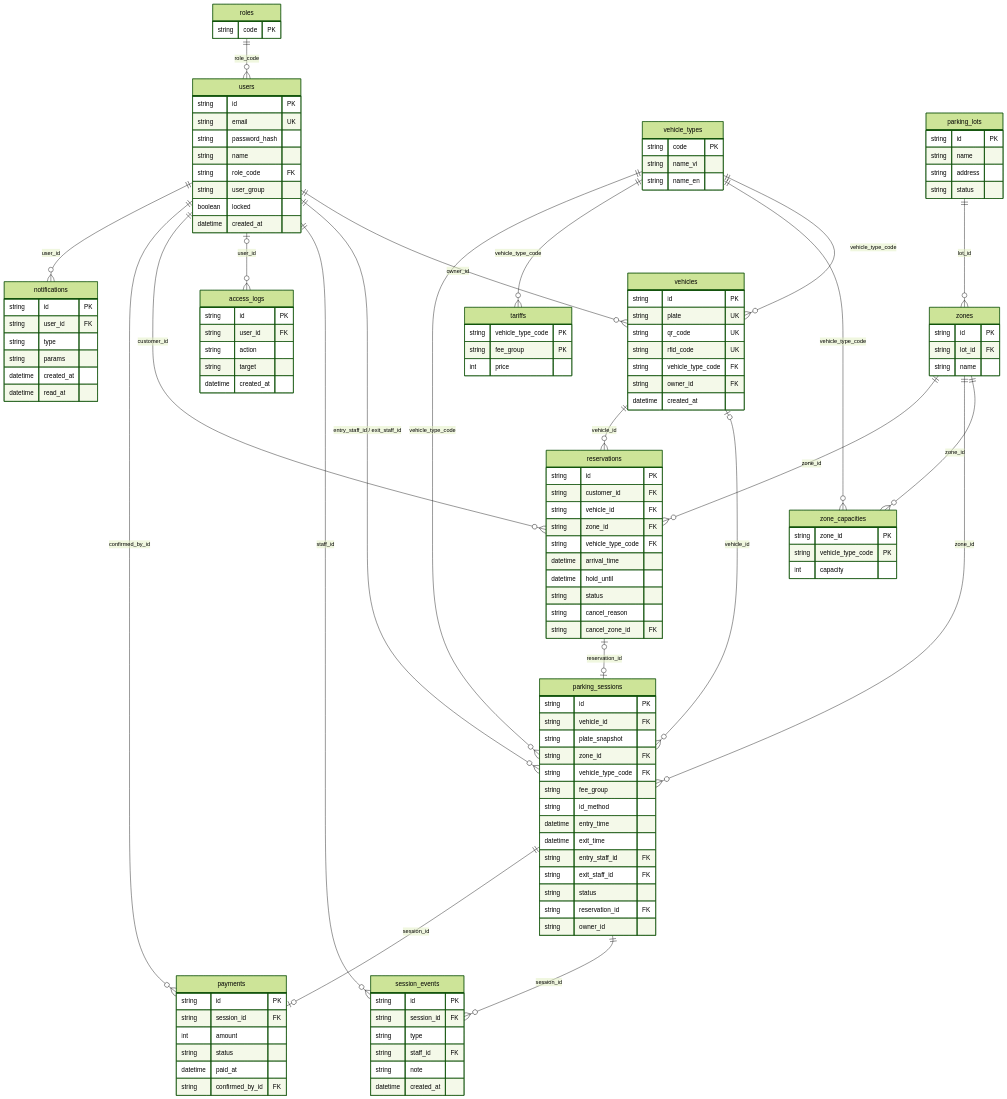
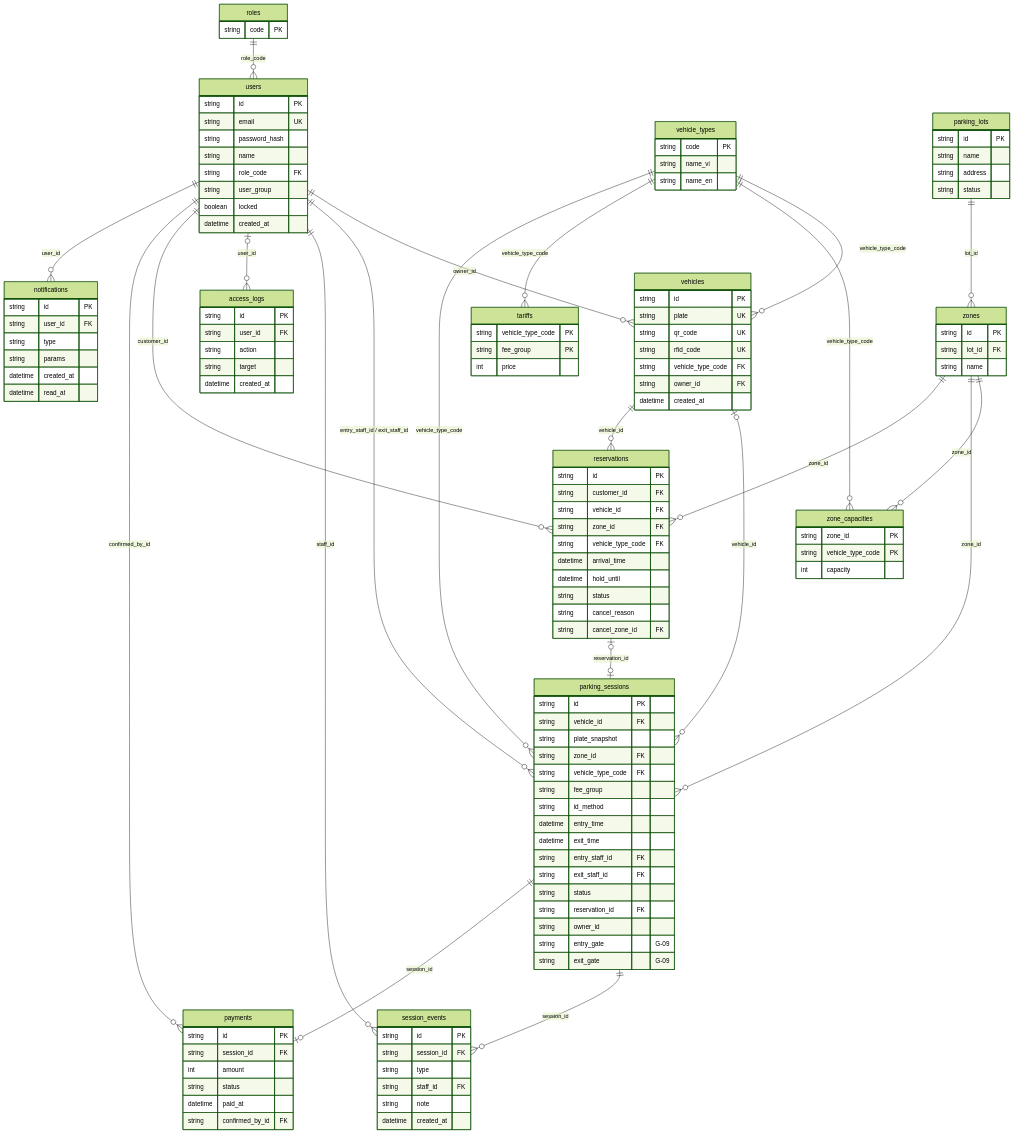
The diagram in docs/m2-report/diagrams/07-erd-v0.4.mmd (nvdson2005/Parking-Management-System), drawn with Mermaid (forest theme) before and after one commit. The commit also changed 2 other files, not shown here.

Commit message:
docs(p03): v0.5 after RES-02 CP-03 review: G-09 gate, G-06 done, clarifications (A-24, A-27, A-102)
Address the 5 review comments on P03 v0.4: add G-09 (entry/exit gate,
FR-09) and move G-06 from deferred to done (both in PR #11); state that
'[purged]' is a non-null sentinel; explain how the applied tariff is
derived while G-03 stays deferred; explain why partial unique indexes
are not used; mark AT-03 step 1 out of scope under CR-03. CR-03 and
R-M3-01 updated, review row added.

```diff
--- a/docs/m2-report/diagrams/07-erd-v0.4.mmd
+++ b/docs/m2-report/diagrams/07-erd-v0.4.mmd
@@ -1,130 +1,132 @@
 erDiagram
     roles ||--o{ users : "role_code"
     users ||--o{ vehicles : "owner_id"
     vehicle_types ||--o{ vehicles : "vehicle_type_code"
     parking_lots ||--o{ zones : "lot_id"
     zones ||--o{ zone_capacities : "zone_id"
     vehicle_types ||--o{ zone_capacities : "vehicle_type_code"
     vehicle_types ||--o{ tariffs : "vehicle_type_code"
     vehicles |o--o{ parking_sessions : "vehicle_id"
     zones ||--o{ parking_sessions : "zone_id"
     vehicle_types ||--o{ parking_sessions : "vehicle_type_code"
     users ||--o{ parking_sessions : "entry_staff_id / exit_staff_id"
     parking_sessions ||--o{ session_events : "session_id"
     users ||--o{ session_events : "staff_id"
     users |o--o{ access_logs : "user_id"
     users ||--o{ reservations : "customer_id"
     vehicles ||--o{ reservations : "vehicle_id"
     zones ||--o{ reservations : "zone_id"
     reservations |o--o| parking_sessions : "reservation_id"
     parking_sessions ||--o| payments : "session_id"
     users ||--o{ payments : "confirmed_by_id"
     users ||--o{ notifications : "user_id"
 
     roles {
         string code PK
     }
     users {
         string id PK
         string email UK
         string password_hash
         string name
         string role_code FK
         string user_group
         boolean locked
         datetime created_at
     }
     vehicle_types {
         string code PK
         string name_vi
         string name_en
     }
     parking_lots {
         string id PK
         string name
         string address
         string status
     }
     zones {
         string id PK
         string lot_id FK
         string name
     }
     zone_capacities {
         string zone_id PK
         string vehicle_type_code PK
         int capacity
     }
     tariffs {
         string vehicle_type_code PK
         string fee_group PK
         int price
     }
     vehicles {
         string id PK
         string plate UK
         string qr_code UK
         string rfid_code UK
         string vehicle_type_code FK
         string owner_id FK
         datetime created_at
     }
     parking_sessions {
         string id PK
         string vehicle_id FK
         string plate_snapshot
         string zone_id FK
         string vehicle_type_code FK
         string fee_group
         string id_method
         datetime entry_time
         datetime exit_time
         string entry_staff_id FK
         string exit_staff_id FK
         string status
         string reservation_id FK
         string owner_id
+        string entry_gate "G-09"
+        string exit_gate "G-09"
     }
     session_events {
         string id PK
         string session_id FK
         string type
         string staff_id FK
         string note
         datetime created_at
     }
     access_logs {
         string id PK
         string user_id FK
         string action
         string target
         datetime created_at
     }
     reservations {
         string id PK
         string customer_id FK
         string vehicle_id FK
         string zone_id FK
         string vehicle_type_code FK
         datetime arrival_time
         datetime hold_until
         string status
         string cancel_reason
         string cancel_zone_id FK
     }
     payments {
         string id PK
         string session_id FK
         int amount
         string status
         datetime paid_at
         string confirmed_by_id FK
     }
     notifications {
         string id PK
         string user_id FK
         string type
         string params
         datetime created_at
         datetime read_at
     }
```
